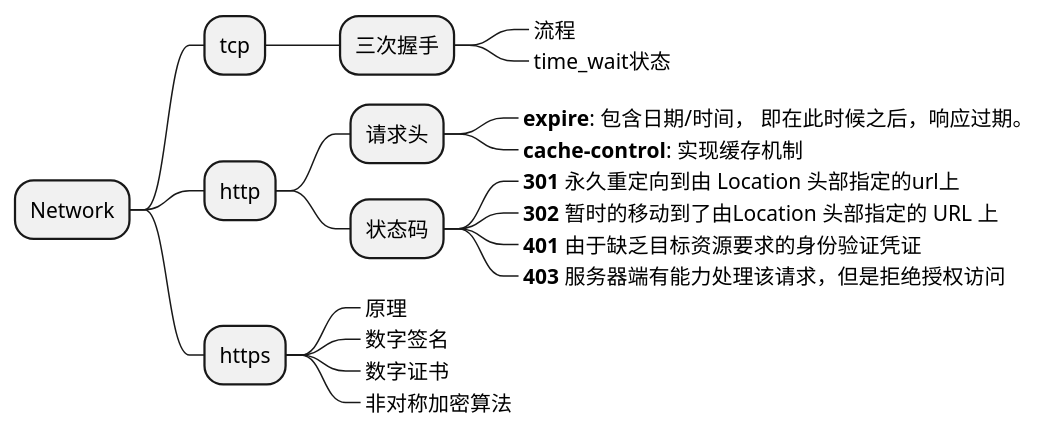
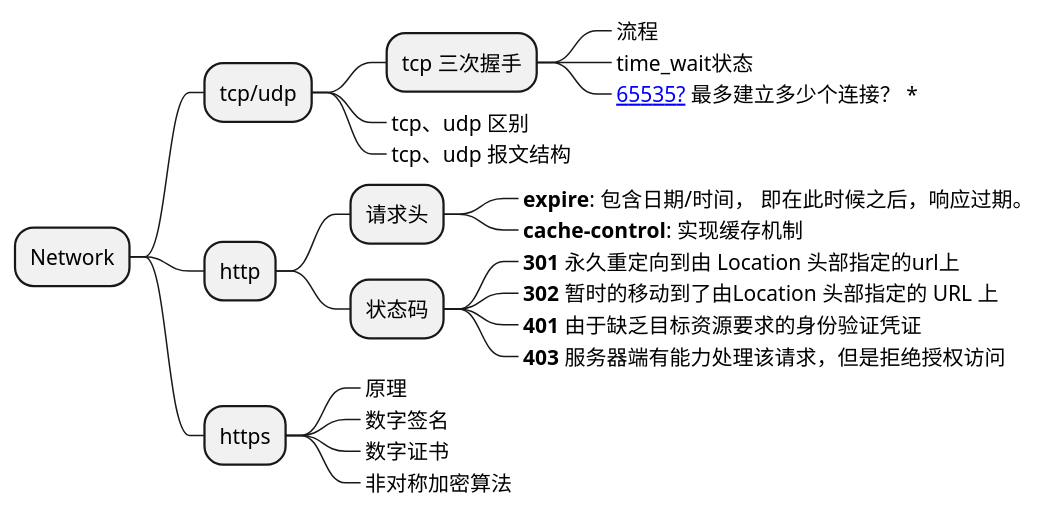
One commit to Gh0st99/Gh0st99.github.io changed the tenth of 11 diagrams in _posts/2021-05-27-查漏补缺.md. Above: the diagram before and after it, drawn with PlantUML. The commit also changed other lines of this file and 1 other file, not shown here.

````diff
--- a/_posts/2021-05-27-查漏补缺.md
+++ b/_posts/2021-05-27-查漏补缺.md
@@ -431,23 +503,28 @@
 ```plantuml
 @startmindmap
 * Network
-** tcp
-*** 三次握手
+** tcp/udp
+*** tcp 三次握手
 ****_ 流程
 ****_ time_wait状态
+****_ [[https://www.zhihu.com/question/361111920/answer/1199952447 65535?]] 最多建立多少个连接？ *
+***_ tcp、udp 区别
+***_ tcp、udp 报文结构
+
+
 ** http
 *** 请求头
 ****_ **expire**: 包含日期/时间， 即在此时候之后，响应过期。
 ****_ **cache-control**: 实现缓存机制
 *** 状态码
 ****_ **301** 永久重定向到由 Location 头部指定的url上
 ****_ **302** 暂时的移动到了由Location 头部指定的 URL 上
 ****_ **401** 由于缺乏目标资源要求的身份验证凭证
 ****_ **403** 服务器端有能力处理该请求，但是拒绝授权访问
 ** https
 ***_ 原理
 ***_ 数字签名
 ***_ 数字证书
 ***_ 非对称加密算法
 @endmindmap
 ```
````
